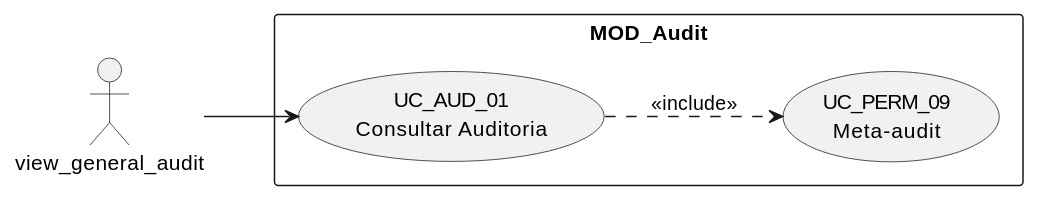
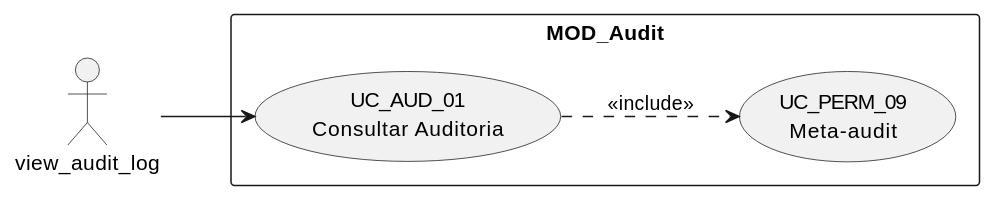
The first of 4 diagrams in source/requisitos/casos-uso/audit/uc-aud-01/diagramas-uml.rst (jcg-admin/IACT-docs), drawn with PlantUML before and after one commit. The commit also changed other lines of this file and 157 other files, not shown here.

First line of the commit message:
Enforce catalog function names across all diagrams

```diff
--- a/source/requisitos/casos-uso/audit/uc-aud-01/diagramas-uml.rst
+++ b/source/requisitos/casos-uso/audit/uc-aud-01/diagramas-uml.rst
@@ -10,12 +10,12 @@
 .. uml::
 
  @startuml
  left to right direction
- actor "view_general_audit" as USR
+ actor "view_audit_log" as USR
  rectangle "MOD_Audit" {
    usecase "UC_AUD_01\nConsultar Auditoria" as UC01
    usecase "UC_PERM_09\nMeta-audit" as M
  }
  USR --> UC01
  UC01 ..> M : <<include>>
  @enduml
```
